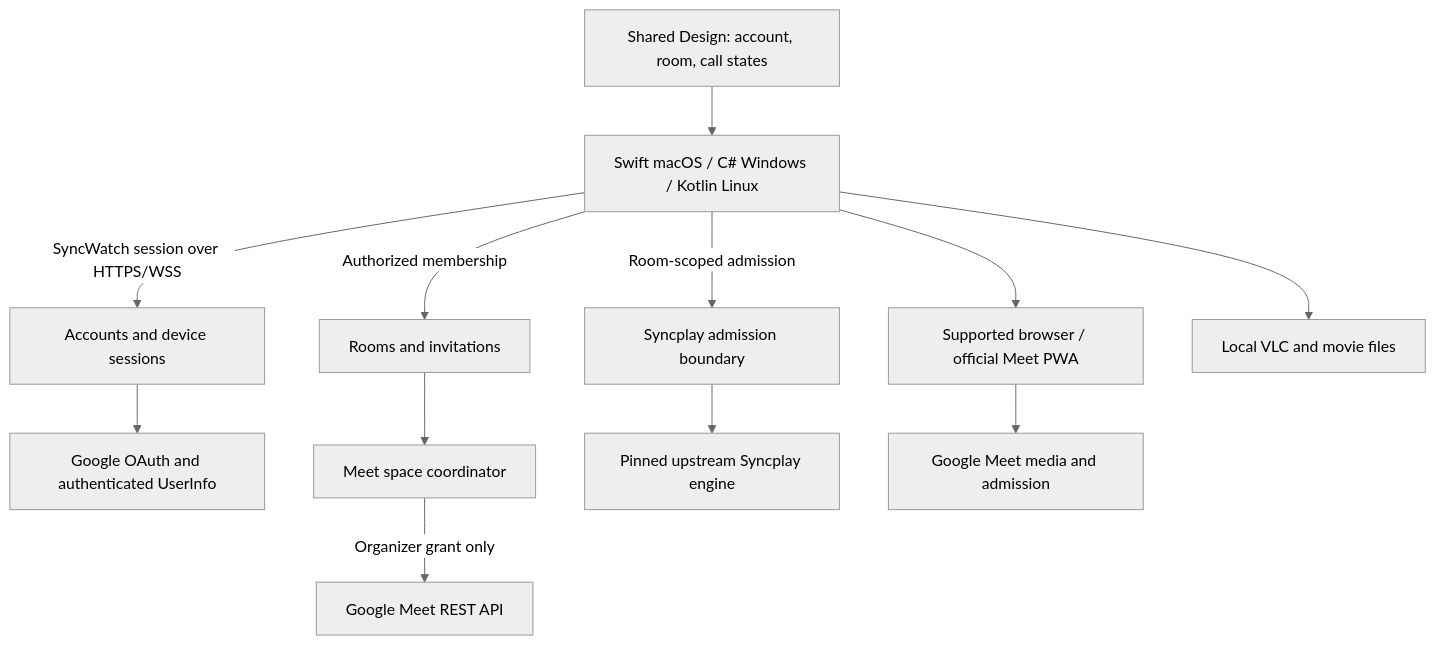
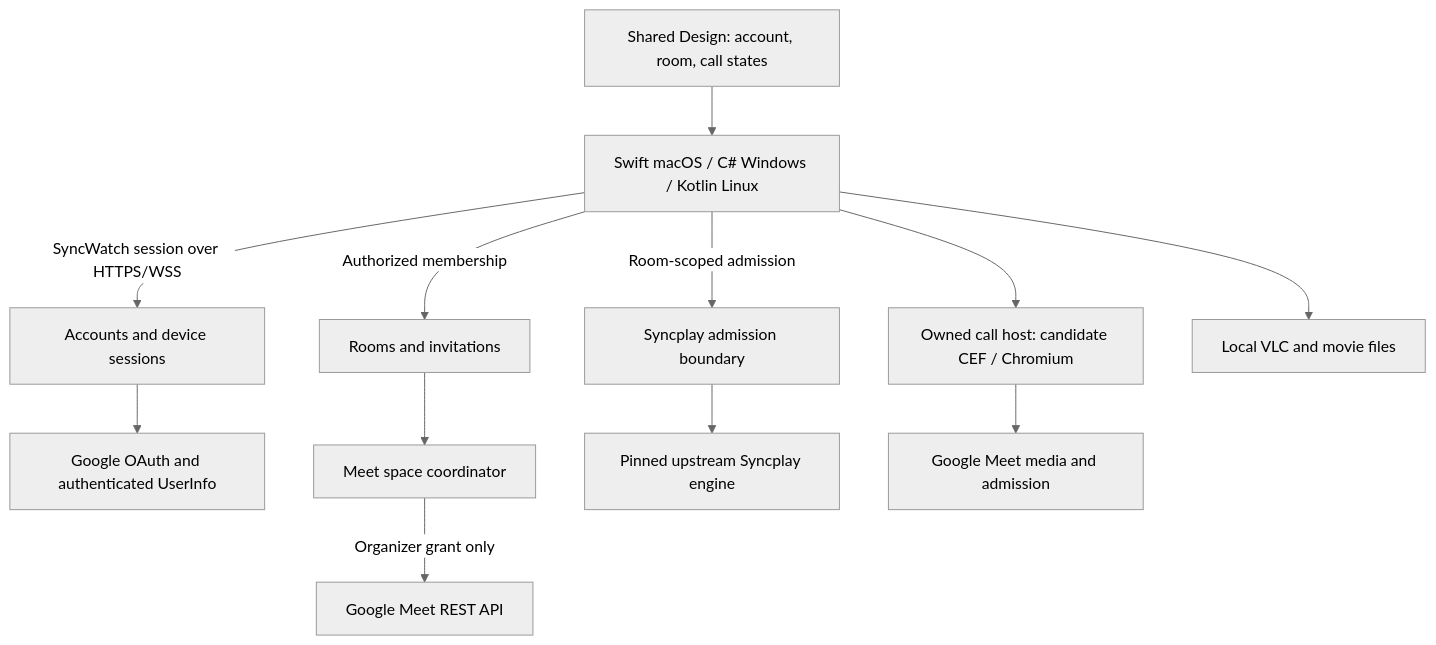
One commit to salo-group/syncwatch changed the diagram in docs/architecture/accounts-and-rooms.md. Above: the diagram before and after it, drawn with Mermaid (neutral theme). The commit also changed other lines of this file and 2 other files, not shown here.

Commit message:
Require a SyncWatch-owned Google Meet call host

````diff
--- a/docs/architecture/accounts-and-rooms.md
+++ b/docs/architecture/accounts-and-rooms.md
@@ -24,14 +24,14 @@
 ```mermaid
 flowchart TB
     D[Shared Design: account, room, call states] --> C[Swift macOS / C# Windows / Kotlin Linux]
     C -->|SyncWatch session over HTTPS/WSS| A[Accounts and device sessions]
     C -->|Authorized membership| R[Rooms and invitations]
     A --> G[Google OAuth and authenticated UserInfo]
     R --> M[Meet space coordinator]
     M -->|Organizer grant only| API[Google Meet REST API]
     C -->|Room-scoped admission| S[Syncplay admission boundary]
     S --> E[Pinned upstream Syncplay engine]
-    C --> H[Supported browser / official Meet PWA]
+    C --> H[Owned call host: candidate CEF / Chromium]
     H --> MEET[Google Meet media and admission]
     C --> V[Local VLC and movie files]
 ```
````
